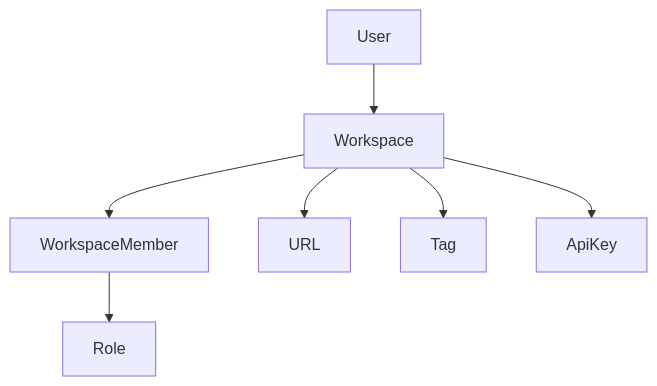
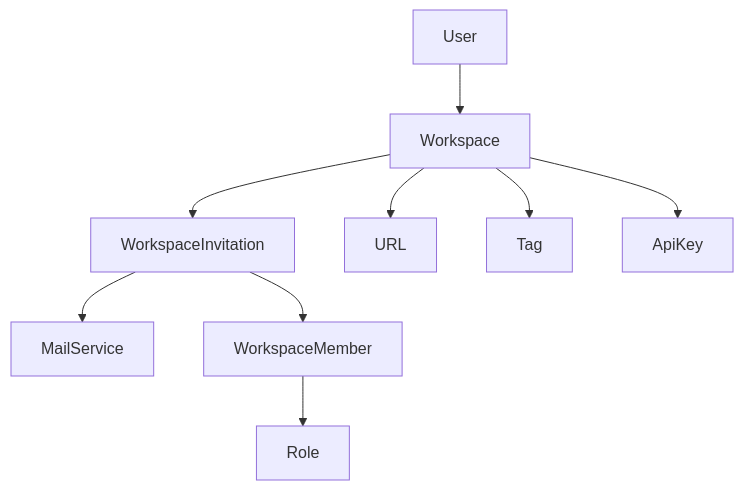
Before and after one commit to datnguyxn/LinkFlow: the first of 3 diagrams in docs/architecture/workspace-member/WorkspaceMember-Architecture.md, drawn with Mermaid. The commit also changed other lines of this file and 14 other files, not shown here.

Commit message:
docs(architecture): add workspace module documentation

````diff
--- a/docs/architecture/workspace-member/WorkspaceMember-Architecture.md
+++ b/docs/architecture/workspace-member/WorkspaceMember-Architecture.md
@@ -26,17 +27,21 @@
 ```mermaid
 flowchart TD
 
 User
 
 User --> Workspace
 
-Workspace --> WorkspaceMember
+Workspace --> WorkspaceInvitation
+
+WorkspaceInvitation --> MailService
+
+WorkspaceInvitation --> WorkspaceMember
 
 WorkspaceMember --> Role
 
 Workspace --> URL
 
 Workspace --> Tag
 
 Workspace --> ApiKey
 ```
````
